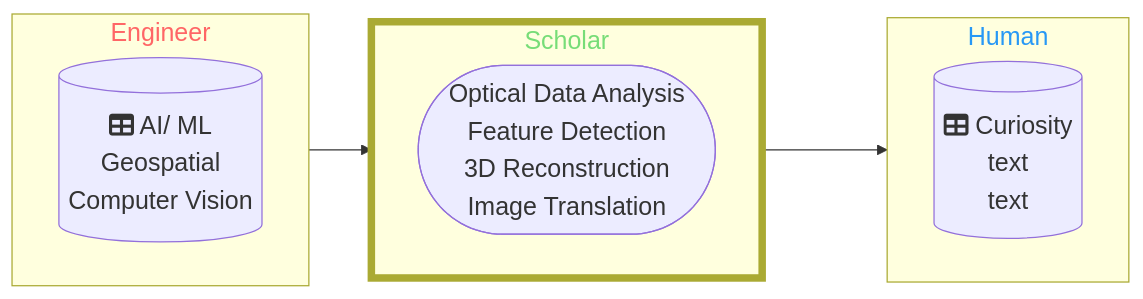
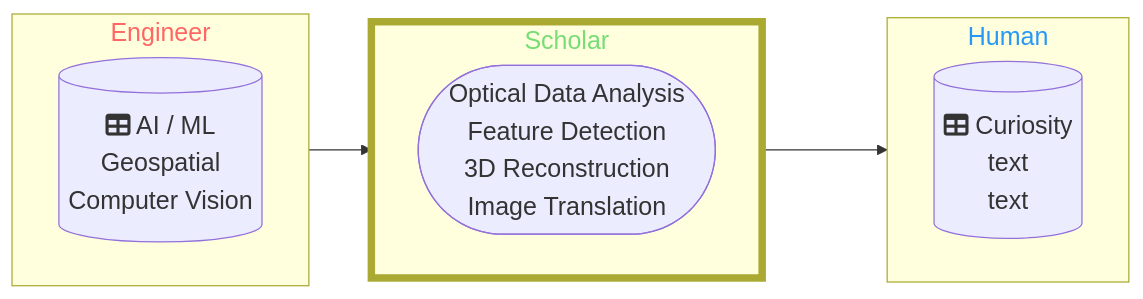
One commit to DippoldEJ/DippoldEJ changed the first of 2 diagrams in README.md. Above: the diagram before and after it, drawn with Mermaid.

````diff
--- a/README.md
+++ b/README.md
@@ -3,33 +3,33 @@
 ```mermaid
 flowchart LR;
 %%{init: {
 	'themeVariables': { 'fontSize': '20px', 'fontFamily': 'Didot'}
 	}
 }%%
 
 subgraph n[Engineer]
 direction LR;
-        b[(fa:fa-table AI/ ML <br> Geospatial <br> Computer Vision)]
+        b[(fa:fa-table AI / ML <br> Geospatial <br> Computer Vision)]
     end
 
 subgraph o[Scholar]
 direction LR;
         j([Optical Data Analysis <br> Feature Detection <br> 3D Reconstruction <br> Image Translation])
 
     end
 
  subgraph p[Human]
   direction LR;
     a[(fa:fa-table Curiosity <br> text <br> text)]
     end
 
 style n color:#f66
 style o stroke-width:6px
 style o color:#77DD77
 style p color:#2798F5
 
 
 n-->o
 o-->p
 
 ```
````
